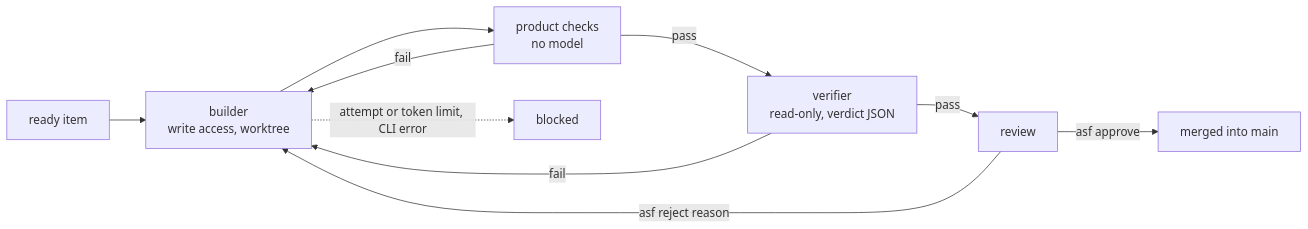
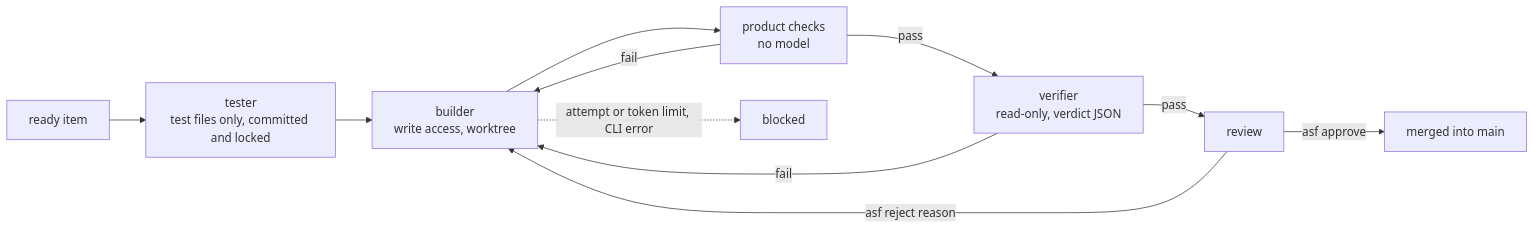
Before and after one commit to Tech-Expansion/agentic-software-factory: the diagram in README.md, drawn with Mermaid. The commit also changed other lines of this file and 15 other files, not shown here.

First line of the commit message:
feat(engine): acceptance tests written first and locked against the builder

````diff
--- a/README.md
+++ b/README.md
@@ -28,12 +29,13 @@
 ```mermaid
 flowchart LR
-  R[ready item] --> B[builder<br/>write access, worktree]
+  R[ready item] --> T[tester<br/>test files only, committed and locked]
+  T --> B[builder<br/>write access, worktree]
   B --> C[product checks<br/>no model]
   C -->|fail| B
   C -->|pass| V[verifier<br/>read-only, verdict JSON]
   V -->|fail| B
   V -->|pass| W[review]
   W -->|asf approve| M[merged into main]
   W -->|asf reject reason| B
   B -.->|attempt or token limit, CLI error| X[blocked]
 ```
````
